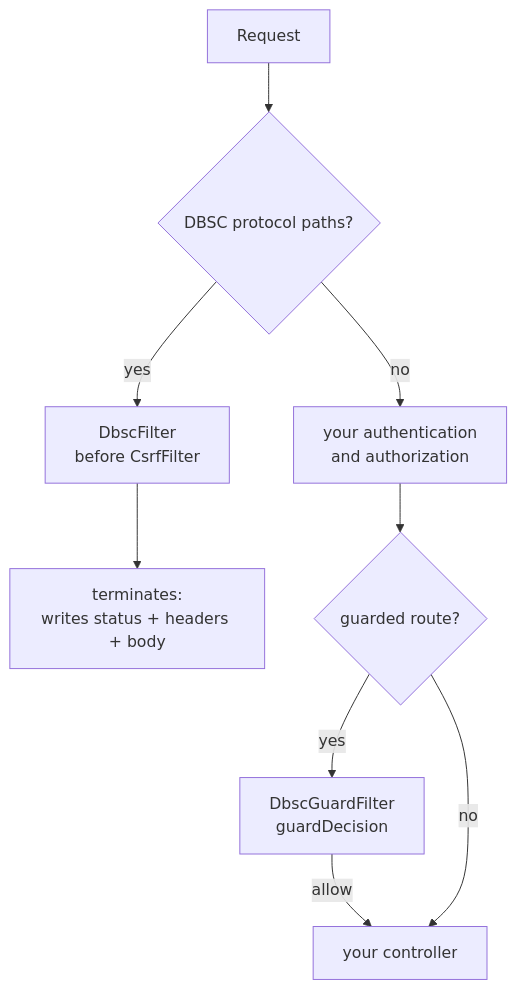
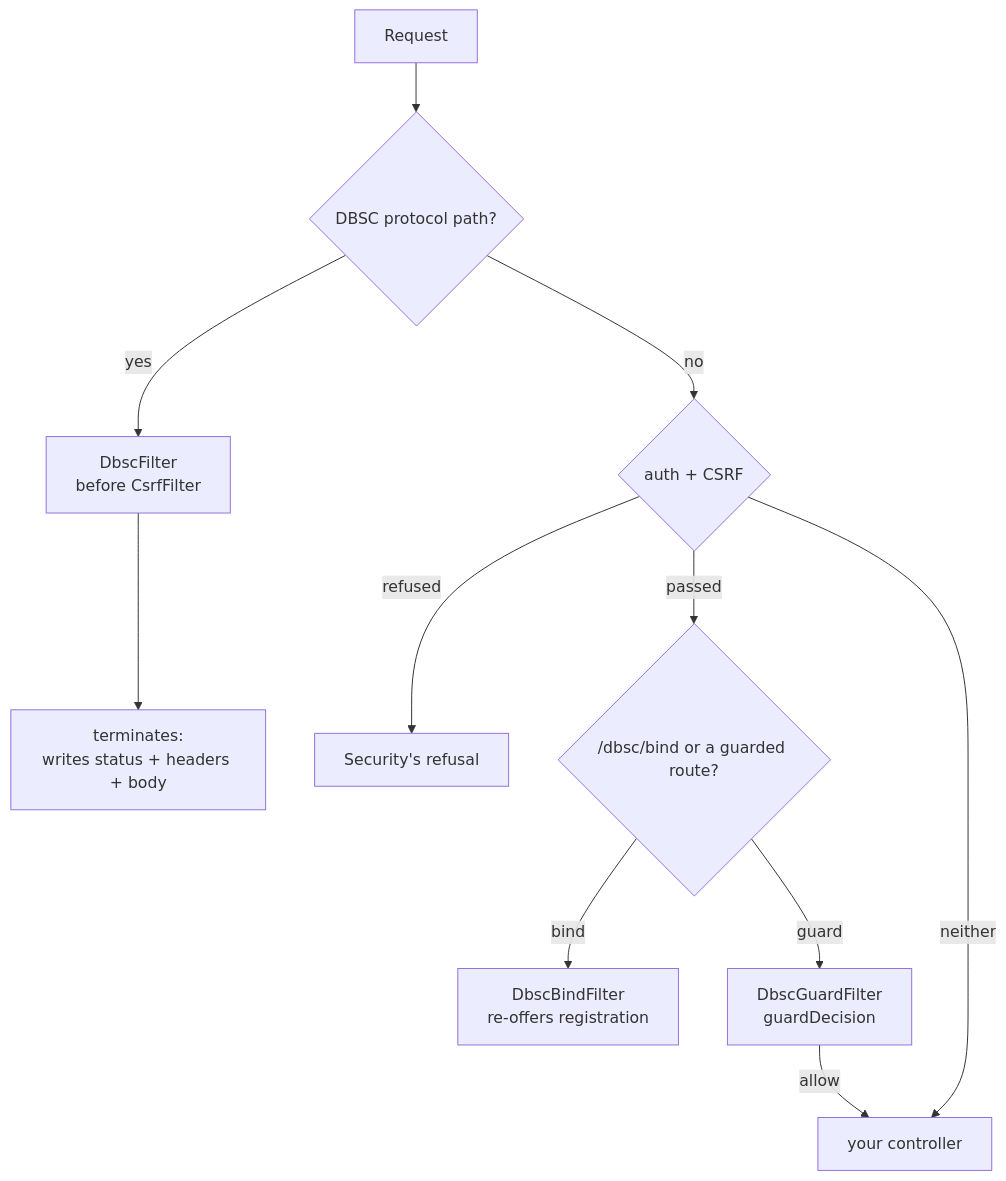
One commit to yuukioosaka/spring-dbsc changed the diagram in README.md. Above: the diagram before and after it, drawn with Mermaid. The commit also changed other lines of this file and 27 other files, not shown here.

````diff
--- a/README.md
+++ b/README.md
@@ -426,11 +481,13 @@
 ```mermaid
 flowchart TD
-    A[Request] --> B{DBSC protocol paths?}
+    A[Request] --> B{DBSC protocol path?}
     B -- yes --> C[DbscFilter<br/>before CsrfFilter]
     C --> C2[terminates:<br/>writes status + headers + body]
-    B -- no --> D[your authentication<br/>and authorization]
-    D --> G{guarded route?}
-    G -- yes --> H[DbscGuardFilter<br/>guardDecision]
+    B -- no --> E{auth + CSRF}
+    E -- refused --> X[Security's refusal]
+    E -- passed --> G{/dbsc/bind or a guarded route?}
+    G -- bind --> HB[DbscBindFilter<br/>re-offers registration]
+    G -- guard --> H[DbscGuardFilter<br/>guardDecision]
     H -- allow --> F[your controller]
-    G -- no --> F
+    E -- neither --> F
 ```
````
